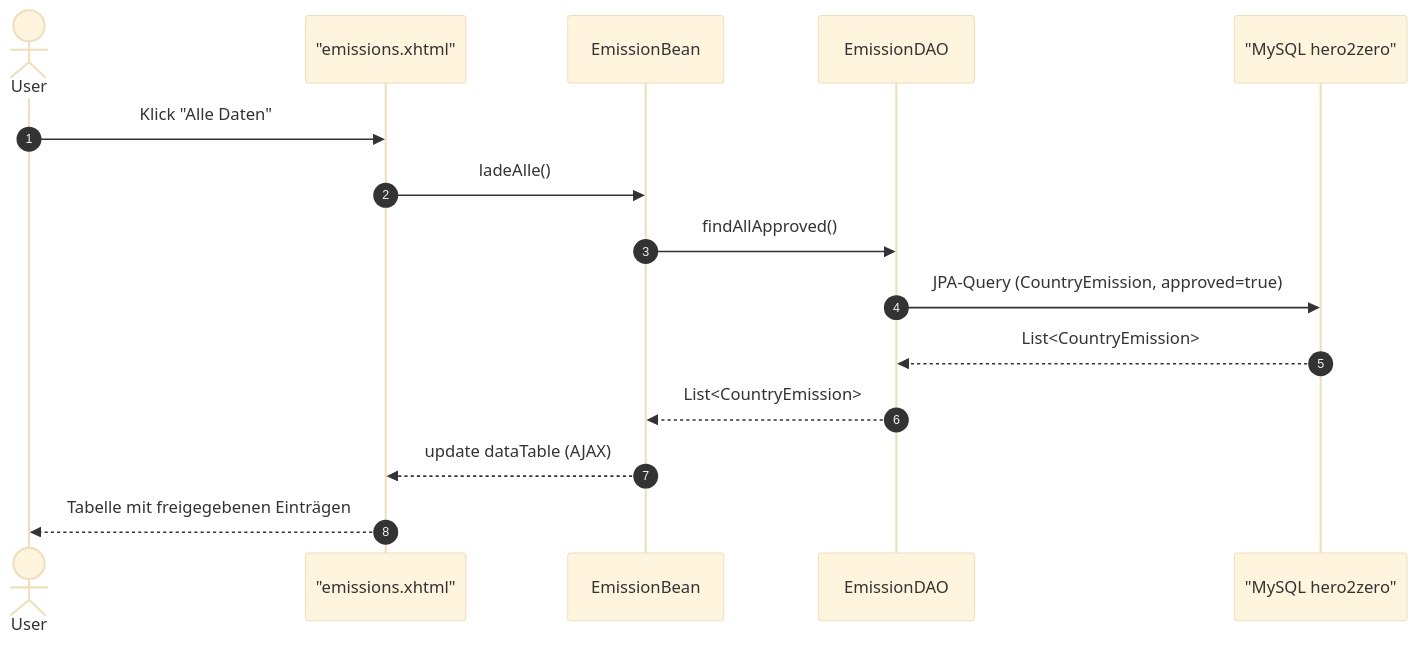
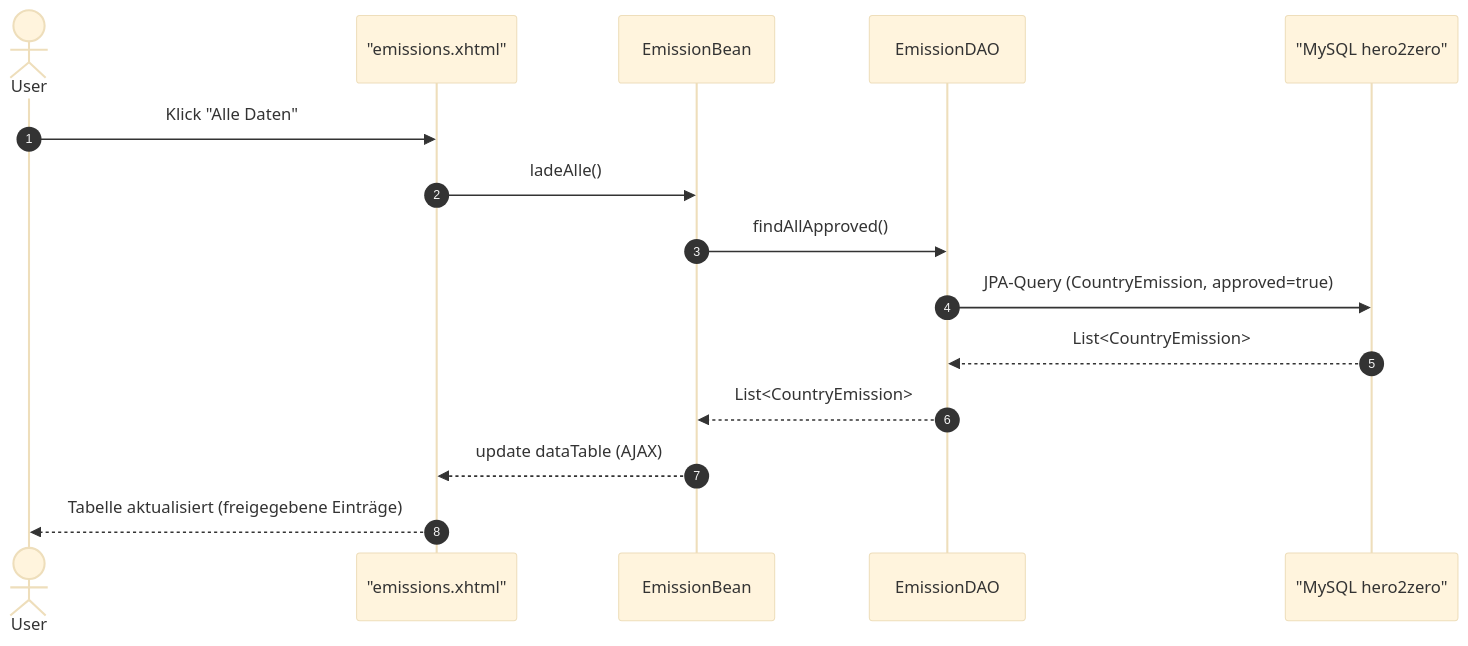
The fourth of 5 diagrams in README.md (Seifroh/hero2zero), drawn with Mermaid (base theme) before and after one commit. The commit also changed other lines of this file, not shown here.

````diff
--- a/README.md
+++ b/README.md
@@ -131,18 +131,18 @@
 ```mermaid
 sequenceDiagram
   autonumber
   actor User
   participant EmissionsPage as "emissions.xhtml"
   participant EmissionBean
   participant EmissionDAO
   participant DB as "MySQL hero2zero"
 
   User ->> EmissionsPage: Klick "Alle Daten"
   EmissionsPage ->> EmissionBean: ladeAlle()
   EmissionBean ->> EmissionDAO: findAllApproved()
   EmissionDAO ->> DB: JPA-Query (CountryEmission, approved=true)
   DB -->> EmissionDAO: List<CountryEmission>
   EmissionDAO -->> EmissionBean: List<CountryEmission>
   EmissionBean -->> EmissionsPage: update dataTable (AJAX)
-  EmissionsPage -->> User: Tabelle mit freigegebenen Einträgen
+  EmissionsPage -->> User: Tabelle aktualisiert (freigegebene Einträge)
 ```
````
